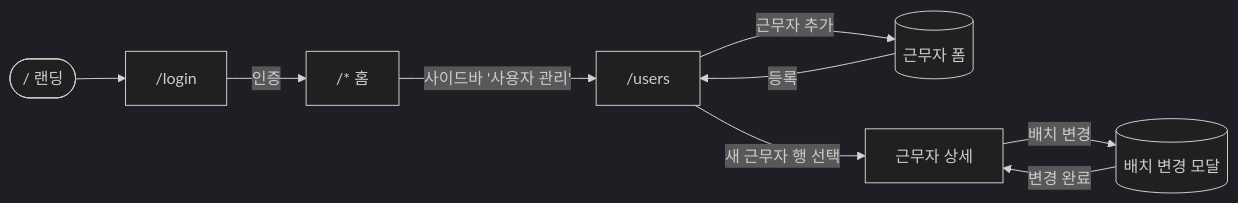
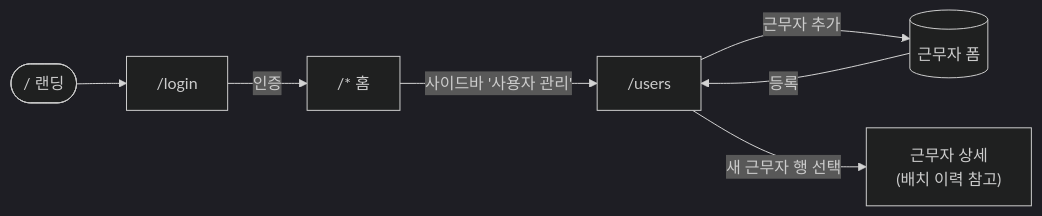
One commit to S-Tec-System-R-D/s-patrol_fe changed the fourth of 15 diagrams in docs/flow.md. Above: the diagram before and after it, drawn with Mermaid. The commit also changed other lines of this file and 6 other files, not shown here.

````diff
--- a/docs/flow.md
+++ b/docs/flow.md
@@ -145,12 +149,10 @@
 ```mermaid
 %%{init: {'theme':'dark'}}%%
 flowchart LR
     A(["/ 랜딩"]) --> B["/login"]
     B -- 인증 --> C["/* 홈"]
     C -- "사이드바 '사용자 관리'" --> D["/users"]
     D -- "근무자 추가" --> E[(근무자 폼)]
     E -- 등록 --> D
-    D -- 새 근무자 행 선택 --> F[근무자 상세]
-    F -- "배치 변경" --> G[(배치 변경 모달)]
-    G -- 변경 완료 --> F
+    D -- 새 근무자 행 선택 --> F["근무자 상세<br/>(배치 이력 참고)"]
 ```
````
